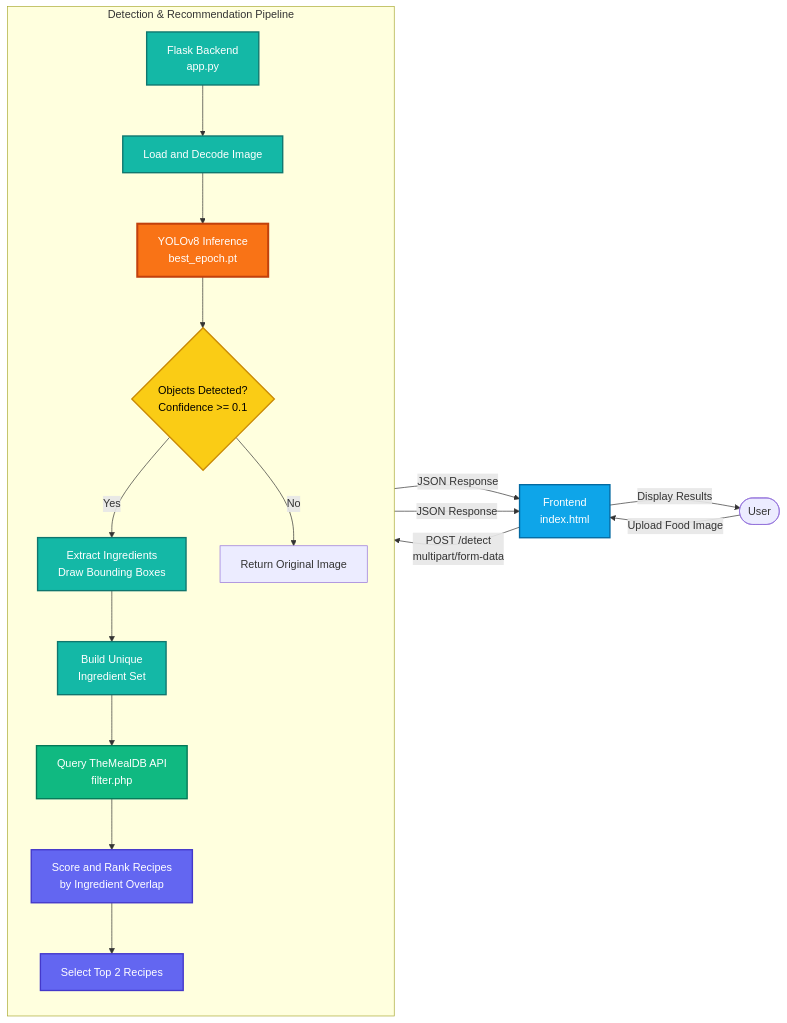
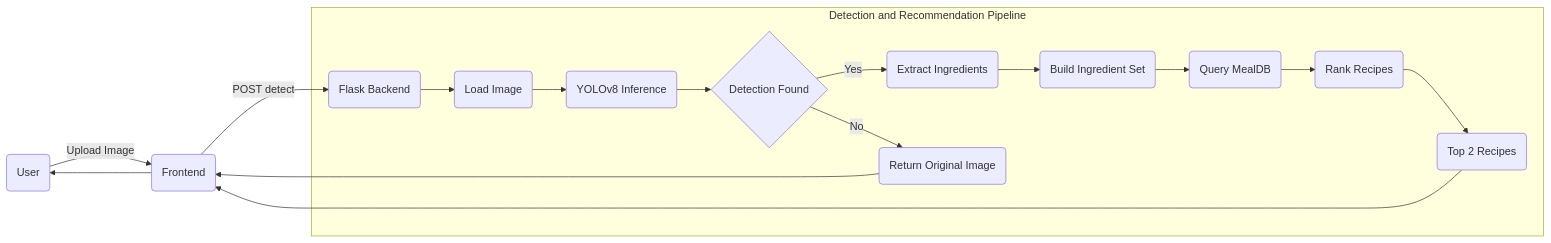
One commit to siddhivlad/VeggieSense changed the first of 4 diagrams in README.md. Above: the diagram before and after it, drawn with Mermaid.

````diff
--- a/README.md
+++ b/README.md
@@ -72,57 +72,36 @@
 ```mermaid
 flowchart LR
 
-    U([User]) -->|Upload Food Image| F["Frontend
-index.html"]
+    U(User)
+    F(Frontend)
+    B(Flask Backend)
 
-    F -->|POST /detect
-multipart/form-data| B["Flask Backend
-app.py"]
+    U -->|Upload Image| F
+    F -->|POST detect| B
 
-    subgraph PIPELINE["Detection & Recommendation Pipeline"]
-        direction TB
+    subgraph Detection and Recommendation Pipeline
+        D(Load Image)
+        Y(YOLOv8 Inference)
+        C{Detection Found}
+        X(Extract Ingredients)
+        O(Return Original Image)
+        S(Build Ingredient Set)
+        A(Query MealDB)
+        R(Rank Recipes)
+        T(Top 2 Recipes)
 
-        B --> D["Load and Decode Image"]
-
-        D --> Y["YOLOv8 Inference
-best_epoch.pt"]
-
-        Y --> C{"Objects Detected?
-Confidence >= 0.1"}
-
-        C -->|Yes| X["Extract Ingredients
-Draw Bounding Boxes"]
-
-        C -->|No| O["Return Original Image"]
-
-        X --> S["Build Unique
-Ingredient Set"]
-
-        S --> A["Query TheMealDB API
-filter.php"]
-
-        A --> R["Score and Rank Recipes
-by Ingredient Overlap"]
-
-        R --> T["Select Top 2 Recipes"]
+        B --> D
+        D --> Y
+        Y --> C
+        C -->|Yes| X
+        C -->|No| O
+        X --> S
+        S --> A
+        A --> R
+        R --> T
     end
 
-    T -->|JSON Response| F
-    O -->|JSON Response| F
-
-    F -->|Display Results| U
-
-    classDef frontend fill:#0ea5e9,color:#ffffff,stroke:#0369a1,stroke-width:2px;
-    classDef backend fill:#14b8a6,color:#ffffff,stroke:#0f766e,stroke-width:2px;
-    classDef ai fill:#f97316,color:#ffffff,stroke:#c2410c,stroke-width:3px;
-    classDef api fill:#10b981,color:#ffffff,stroke:#047857,stroke-width:2px;
-    classDef ranking fill:#6366f1,color:#ffffff,stroke:#4338ca,stroke-width:2px;
-    classDef decision fill:#facc15,color:#000000,stroke:#ca8a04,stroke-width:2px;
-
-    class F frontend;
-    class B,D,X,S backend;
-    class Y ai;
-    class A api;
-    class R,T ranking;
-    class C decision;
+    T --> F
+    O --> F
+    F --> U
 ```
````
